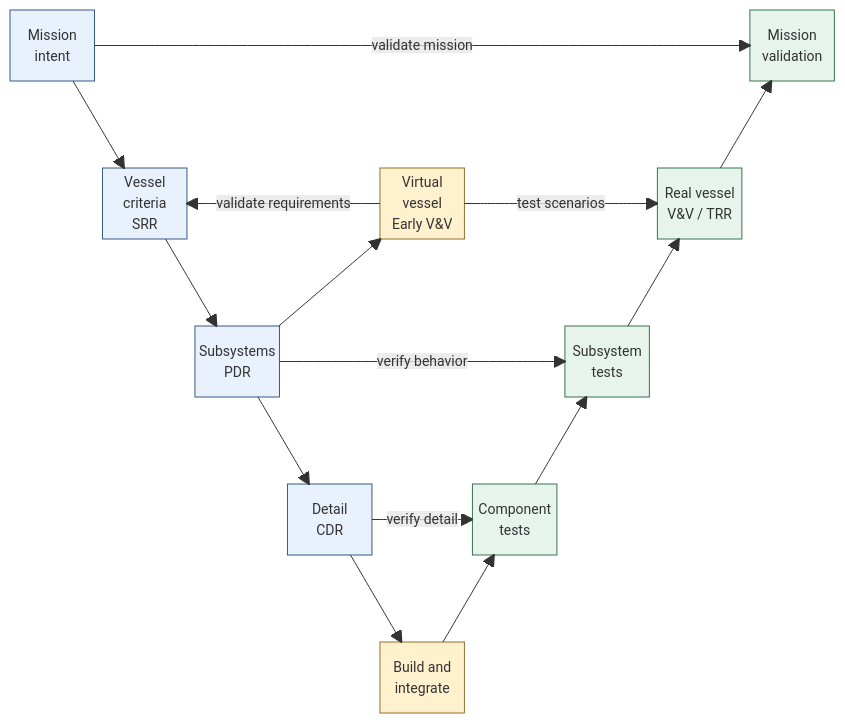
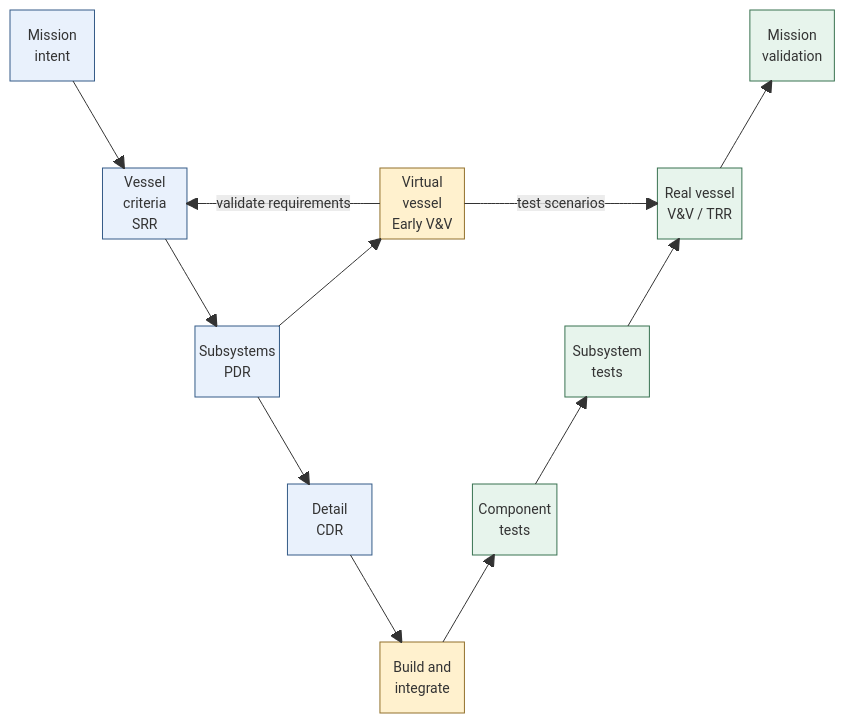
One commit to DavidIngraham/sv-blue-dog changed the second of 3 diagrams in docs/development-plan.md. Above: the diagram before and after it, drawn with Mermaid. The commit also changed other lines of this file, not shown here.

Commit message:
Simplify development V by removing cross-V traceability arrows

````diff
--- a/docs/development-plan.md
+++ b/docs/development-plan.md
@@ -37,38 +37,35 @@
 ```mermaid
 ---
 config:
   themeVariables:
     fontSize: "14px"
 ---
 block-beta
     columns 9
     mission["Mission<br/>intent"] space:7 demonstration["Mission<br/>validation"]
     space:9
     space requirements["Vessel<br/>criteria<br/>SRR"] space:2 simulation["Virtual<br/>vessel<br/>Early V&V"] space:2 integrated["Real vessel<br/>V&V / TRR"] space
     space:9
     space:2 architecture["Subsystems<br/>PDR"] space:3 subsystem["Subsystem<br/>tests"] space:2
     space:9
     space:3 detail["Detail<br/>CDR"] space component["Component<br/>tests"] space:3
     space:9
     space:4 build["Build and<br/>integrate"] space:4
     mission --> requirements
     requirements --> architecture
     architecture --> detail
     detail --> build
     build --> component
     component --> subsystem
     subsystem --> integrated
     integrated --> demonstration
-    mission -- "validate mission" --> demonstration
     simulation -- "validate requirements" --> requirements
     architecture --> simulation
     simulation -- "test scenarios" --> integrated
-    architecture -- "verify behavior" --> subsystem
-    detail -- "verify detail" --> component
     classDef intent fill:#e9f1fc,stroke:#345b87,color:#183047
     classDef evidence fill:#e7f4ec,stroke:#397251,color:#183047
     classDef learning fill:#fff1ce,stroke:#92712d,color:#183047
     class mission,requirements,architecture,detail intent
     class component,subsystem,integrated,demonstration evidence
     class simulation,build learning
 ```
````
